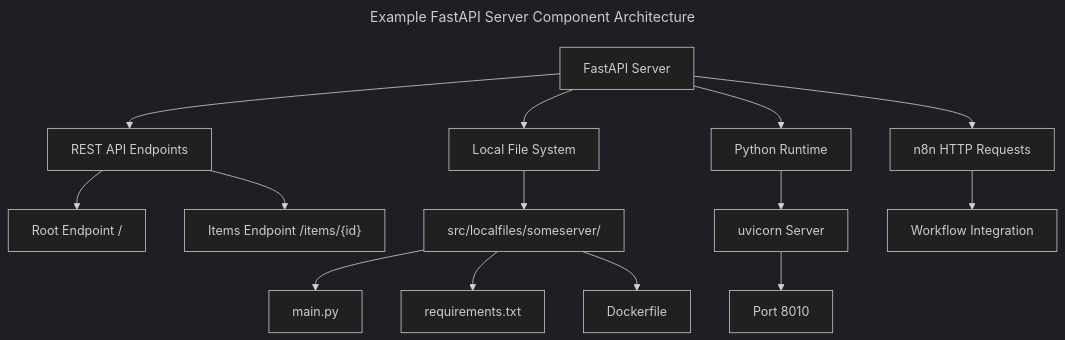
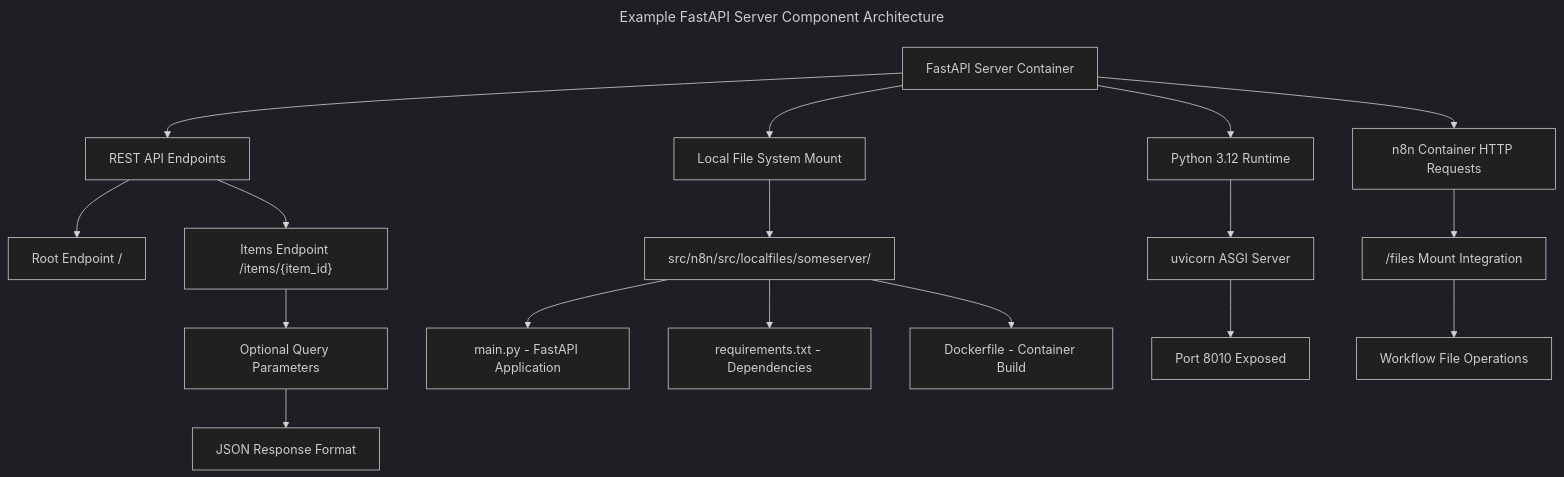
One commit to RustedVikingOG/n8n_docker_stack changed the sixth of 6 diagrams in docs/designs/architecture.md. Above: the diagram before and after it, drawn with Mermaid (dark theme). The commit also changed other lines of this file and 26 other files, not shown here.

````diff
--- a/docs/designs/architecture.md
+++ b/docs/designs/architecture.md
@@ -183,23 +252,27 @@
 ```mermaid
 ---
 title: Example FastAPI Server Component Architecture
 ---
 flowchart TD
-    A["FastAPI Server"] --> B["REST API Endpoints"]
-    A --> C["Local File System"]
-    A --> D["Python Runtime"]
+    A["FastAPI Server Container"] --> B["REST API Endpoints"]
+    A --> C["Local File System Mount"]
+    A --> D["Python 3.12 Runtime"]
 
     B --> E["Root Endpoint /"]
-    B --> F["Items Endpoint /items/{id}"]
+    B --> F["Items Endpoint /items/{item_id}"]
 
-    C --> G["src/localfiles/someserver/"]
-    G --> H["main.py"]
-    G --> I["requirements.txt"]
-    G --> J["Dockerfile"]
+    C --> G["src/n8n/src/localfiles/someserver/"]
+    G --> H["main.py - FastAPI Application"]
+    G --> I["requirements.txt - Dependencies"]
+    G --> J["Dockerfile - Container Build"]
 
-    D --> K["uvicorn Server"]
-    K --> L["Port 8010"]
+    D --> K["uvicorn ASGI Server"]
+    K --> L["Port 8010 Exposed"]
 
-    A --> M["n8n HTTP Requests"]
-    M --> N["Workflow Integration"]
+    A --> M["n8n Container HTTP Requests"]
+    M --> N["/files Mount Integration"]
+    N --> O["Workflow File Operations"]
+
+    F --> P["Optional Query Parameters"]
+    P --> Q["JSON Response Format"]
 ```
````
